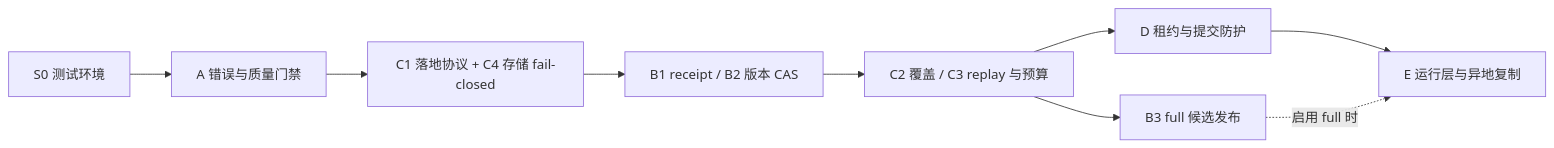
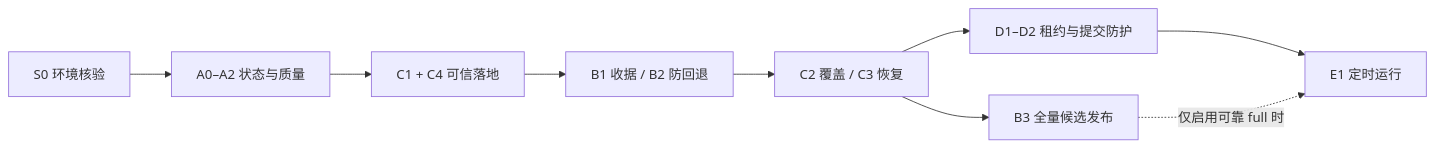
The diagram in docs/plans/gr-data-reliability-implementation-plan.md (getrich-2026/getrich), drawn with Mermaid before and after one commit. The commit also changed other lines of this file and 12 other files, not shown here.

````diff
--- a/docs/plans/gr-data-reliability-implementation-plan.md
+++ b/docs/plans/gr-data-reliability-implementation-plan.md
@@ -39,11 +29,11 @@
 ```mermaid
 flowchart LR
-  S0[S0 测试环境] --> A[A 错误与质量门禁]
-  A --> L[C1 落地协议 + C4 存储 fail-closed]
-  L --> B[B1 receipt / B2 版本 CAS]
-  B --> R[C2 覆盖 / C3 replay 与预算]
-  R --> F[B3 full 候选发布]
-  R --> D[D 租约与提交防护]
-  D --> E[E 运行层与异地复制]
-  F -. 启用 full 时 .-> E
+  S["S0 环境核验"] --> A["A0–A2 状态与质量"]
+  A --> C["C1 + C4 可信落地"]
+  C --> B["B1 收据 / B2 防回退"]
+  B --> R["C2 覆盖 / C3 恢复"]
+  R --> D["D1–D2 租约与提交防护"]
+  R --> F["B3 全量候选发布"]
+  D --> E["E1 定时运行"]
+  F -. 仅启用可靠 full 时 .-> E
 ```
````
